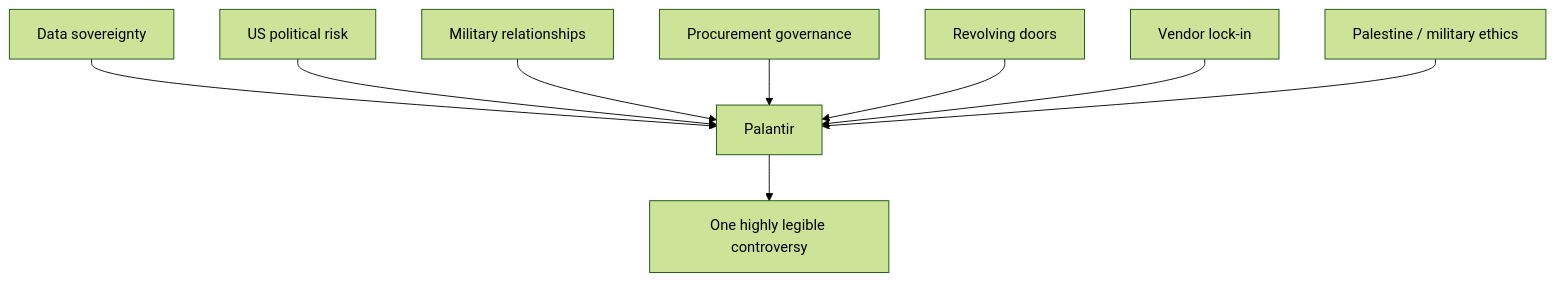
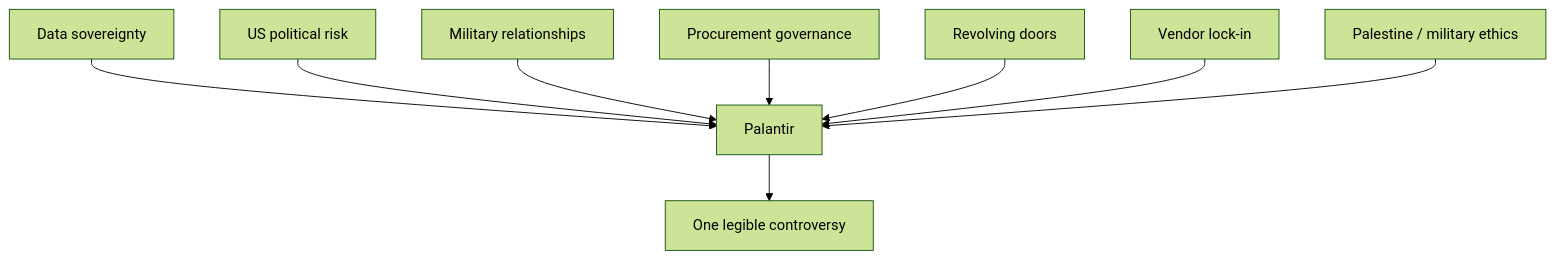
Before and after one commit to josefsbreakfast/Polaris-Protocol: the ninth of 14 diagrams in 🌓_3_In_The_Moment/📲_Press_Matters/🇵🇸_Palestine_Factchecking/🌍_Global_Powers/💸_incentivising_behavioural_change_and_bds.md, drawn with Mermaid (forest theme). The commit also changed other lines of this file, not shown here.

````diff
--- a/🌓_3_In_The_Moment/📲_Press_Matters/🇵🇸_Palestine_Factchecking/🌍_Global_Powers/💸_incentivising_behavioural_change_and_bds.md
+++ b/🌓_3_In_The_Moment/📲_Press_Matters/🇵🇸_Palestine_Factchecking/🌍_Global_Powers/💸_incentivising_behavioural_change_and_bds.md
@@ -441,20 +327,20 @@
 ```mermaid
 flowchart TD
     A[Data sovereignty]
     B[US political risk]
     C[Military relationships]
     D[Procurement governance]
     E[Revolving doors]
     F[Vendor lock-in]
     G[Palestine / military ethics]
 
     A --> P[Palantir]
     B --> P
     C --> P
     D --> P
     E --> P
     F --> P
     G --> P
 
-    P --> H[One highly legible controversy]
+    P --> H[One legible controversy]
 ```
````
